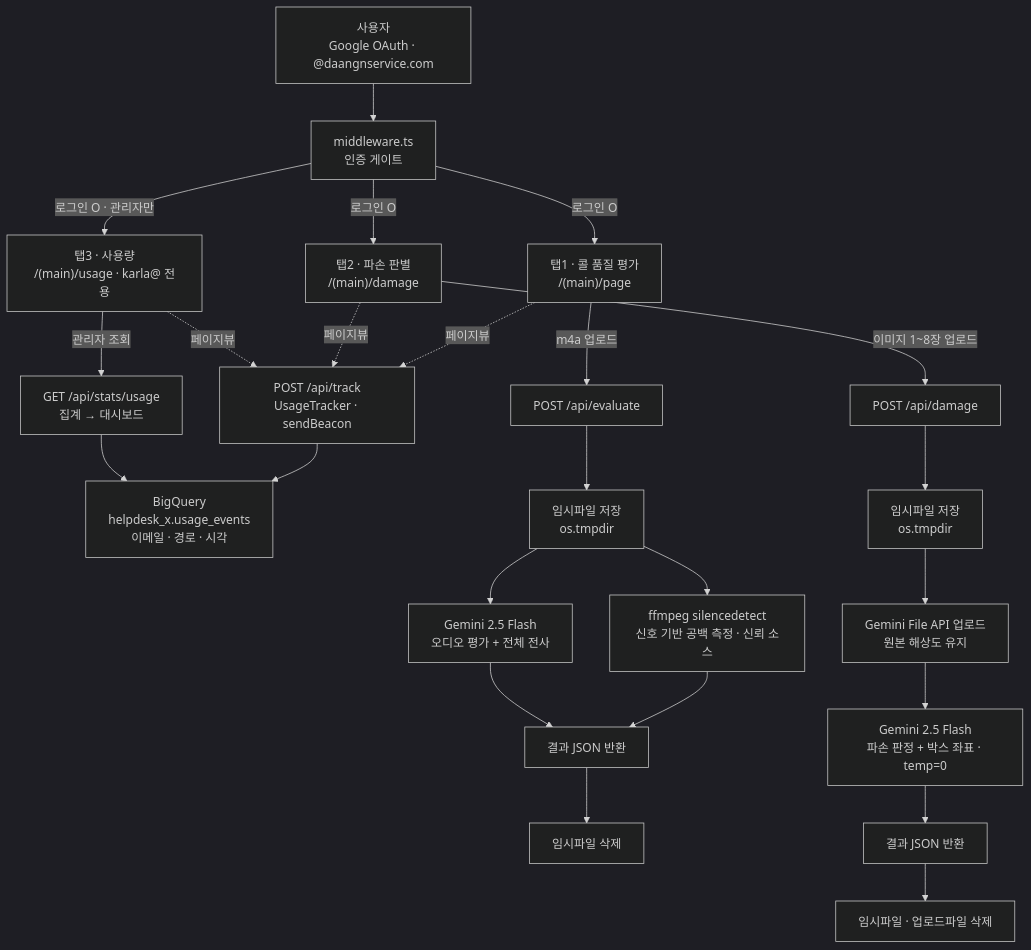
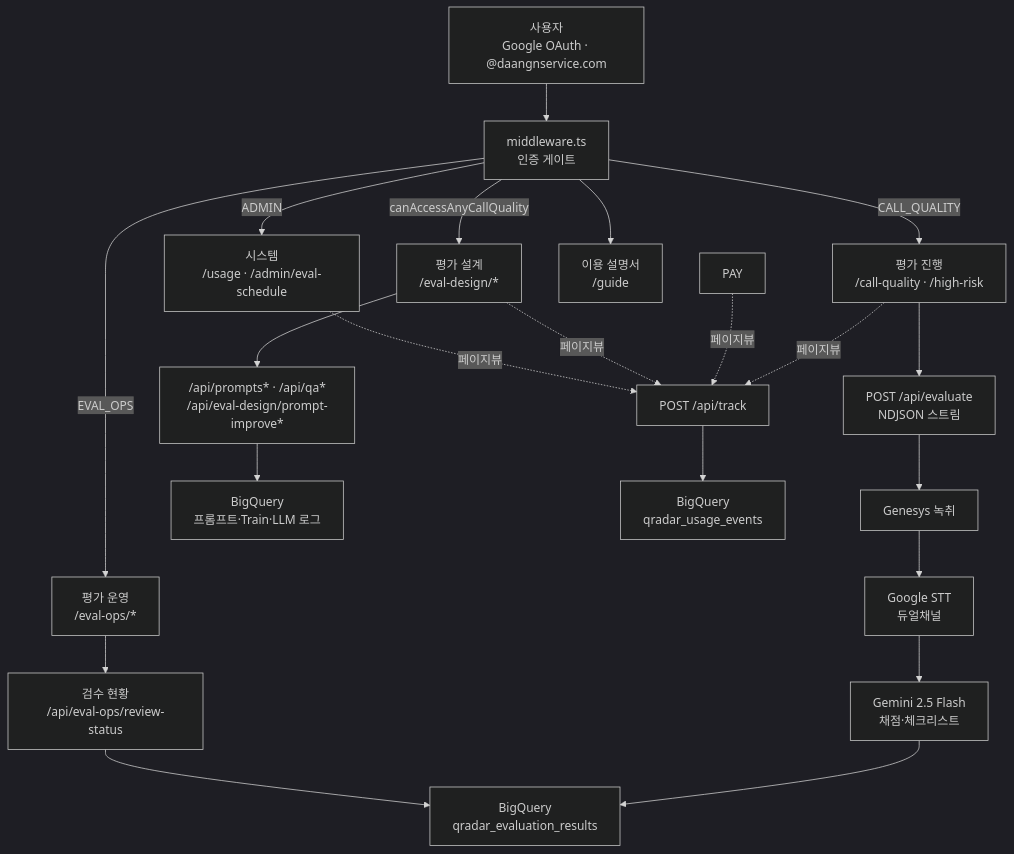
One commit to daangnservice-com/qms_qradar changed the diagram in docs/helpdesk-x_서비스구조.md. Above: the diagram before and after it, drawn with Mermaid (dark theme). The commit also changed other lines of this file and 393 other files, not shown here.

````diff
--- a/docs/helpdesk-x_서비스구조.md
+++ b/docs/helpdesk-x_서비스구조.md
@@ -11,35 +14,30 @@
 ```mermaid
 flowchart TD
     U["사용자<br>Google OAuth · @daangnservice.com"]
     MW["middleware.ts<br>인증 게이트"]
     U --> MW
 
-    MW -->|로그인 O| T1["탭1 · 콜 품질 평가<br>/(main)/page"]
-    MW -->|로그인 O| T2["탭2 · 파손 판별<br>/(main)/damage"]
-    MW -->|로그인 O · 관리자만| T3["탭3 · 사용량<br>/(main)/usage · karla@ 전용"]
+    MW -->|CALL_QUALITY| CQ["평가 진행<br>/call-quality · /high-risk"]
+    MW -->|EVAL_OPS| EO["평가 운영<br>/eval-ops/*"]
+    MW -->|canAccessAnyCallQuality| ED["평가 설계<br>/eval-design/*"]
+    MW -->|ADMIN| SYS["시스템<br>/usage · /admin/eval-schedule"]
+    MW --> GD["이용 설명서<br>/guide"]
 
-    %% 사용량 트래킹 — 유일한 상태 저장 경로
-    T1 -.페이지뷰.-> TR["POST /api/track<br>UsageTracker · sendBeacon"]
-    T2 -.페이지뷰.-> TR
-    T3 -.페이지뷰.-> TR
-    TR --> BQ["BigQuery<br>helpdesk_x.usage_events<br>이메일 · 경로 · 시각"]
-    T3 -->|관리자 조회| ST["GET /api/stats/usage<br>집계 → 대시보드"]
-    ST --> BQ
+    CQ --> EV["POST /api/evaluate<br>NDJSON 스트림"]
+    EV --> G["Genesys 녹취"]
+    G --> STT["Google STT<br>듀얼채널"]
+    STT --> GEM["Gemini 2.5 Flash<br>채점·체크리스트"]
+    GEM --> BQR["BigQuery<br>qradar_evaluation_results"]
 
-    %% 탭1 — 콜 품질 평가 (이중 파이프라인)
-    T1 -->|m4a 업로드| E1["POST /api/evaluate"]
-    E1 --> E2["임시파일 저장<br>os.tmpdir"]
-    E2 --> FF["ffmpeg silencedetect<br>신호 기반 공백 측정 · 신뢰 소스"]
-    E2 --> G1["Gemini 2.5 Flash<br>오디오 평가 + 전체 전사"]
-    FF --> E3["결과 JSON 반환"]
-    G1 --> E3
-    E3 --> E4["임시파일 삭제"]
+    EO --> RS["검수 현황<br>/api/eval-ops/review-status"]
+    RS --> BQR
 
-    %% 탭2 — 파손 판별 (Gemini 단독)
-    T2 -->|이미지 1~8장 업로드| D1["POST /api/damage"]
-    D1 --> D2["임시파일 저장<br>os.tmpdir"]
-    D2 --> D3["Gemini File API 업로드<br>원본 해상도 유지"]
-    D3 --> G2["Gemini 2.5 Flash<br>파손 판정 + 박스 좌표 · temp=0"]
-    G2 --> D4["결과 JSON 반환"]
-    D4 --> D5["임시파일 · 업로드파일 삭제"]
+    ED --> PR["/api/prompts* · /api/qa*<br>/api/eval-design/prompt-improve*"]
+    PR --> BQP["BigQuery<br>프롬프트·Train·LLM 로그"]
+
+    CQ -.페이지뷰.-> TR["POST /api/track"]
+    PAY -.페이지뷰.-> TR
+    ED -.페이지뷰.-> TR
+    SYS -.페이지뷰.-> TR
+    TR --> BQU["BigQuery<br>qradar_usage_events"]
 ```
````
